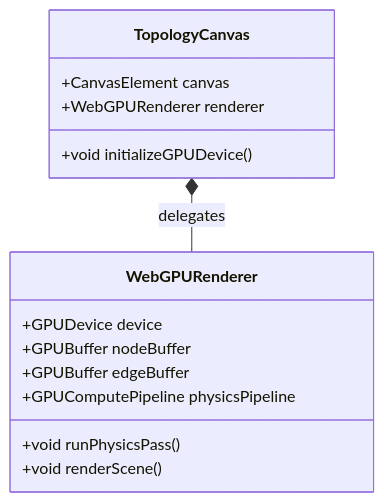
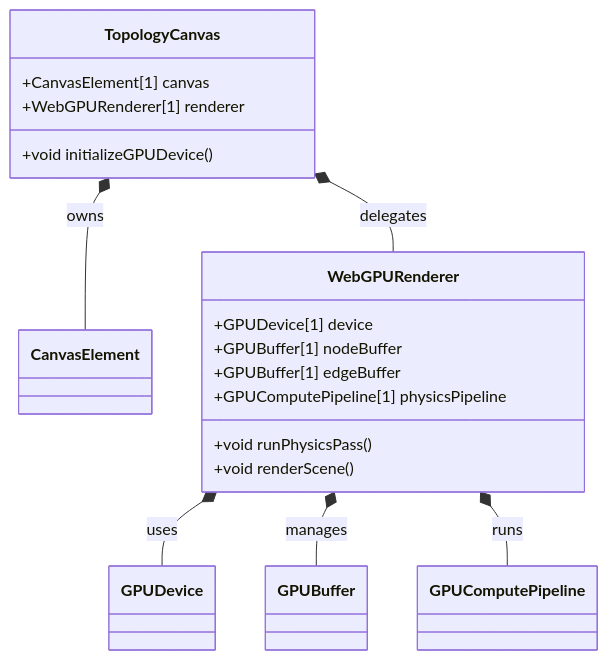
The diagram in docs/features/feat-16-gpu-topology.md (gintatkinson/digital-pipeline-repo), drawn with Mermaid before and after one commit. The commit also changed other lines of this file and 17 other files, not shown here.

````diff
--- a/docs/features/feat-16-gpu-topology.md
+++ b/docs/features/feat-16-gpu-topology.md
@@ -19,17 +20,25 @@
 ```mermaid
 classDiagram
+    class CanvasElement
+    class GPUDevice
+    class GPUBuffer
+    class GPUComputePipeline
     class TopologyCanvas {
-        +CanvasElement canvas
-        +WebGPURenderer renderer
+        +CanvasElement[1] canvas
+        +WebGPURenderer[1] renderer
         +void initializeGPUDevice()
     }
     class WebGPURenderer {
-        +GPUDevice device
-        +GPUBuffer nodeBuffer
-        +GPUBuffer edgeBuffer
-        +GPUComputePipeline physicsPipeline
+        +GPUDevice[1] device
+        +GPUBuffer[1] nodeBuffer
+        +GPUBuffer[1] edgeBuffer
+        +GPUComputePipeline[1] physicsPipeline
         +void runPhysicsPass()
         +void renderScene()
     }
     TopologyCanvas *-- WebGPURenderer : delegates
+    TopologyCanvas *-- CanvasElement : owns
+    WebGPURenderer *-- GPUDevice : uses
+    WebGPURenderer *-- GPUBuffer : manages
+    WebGPURenderer *-- GPUComputePipeline : runs
 ```
````
